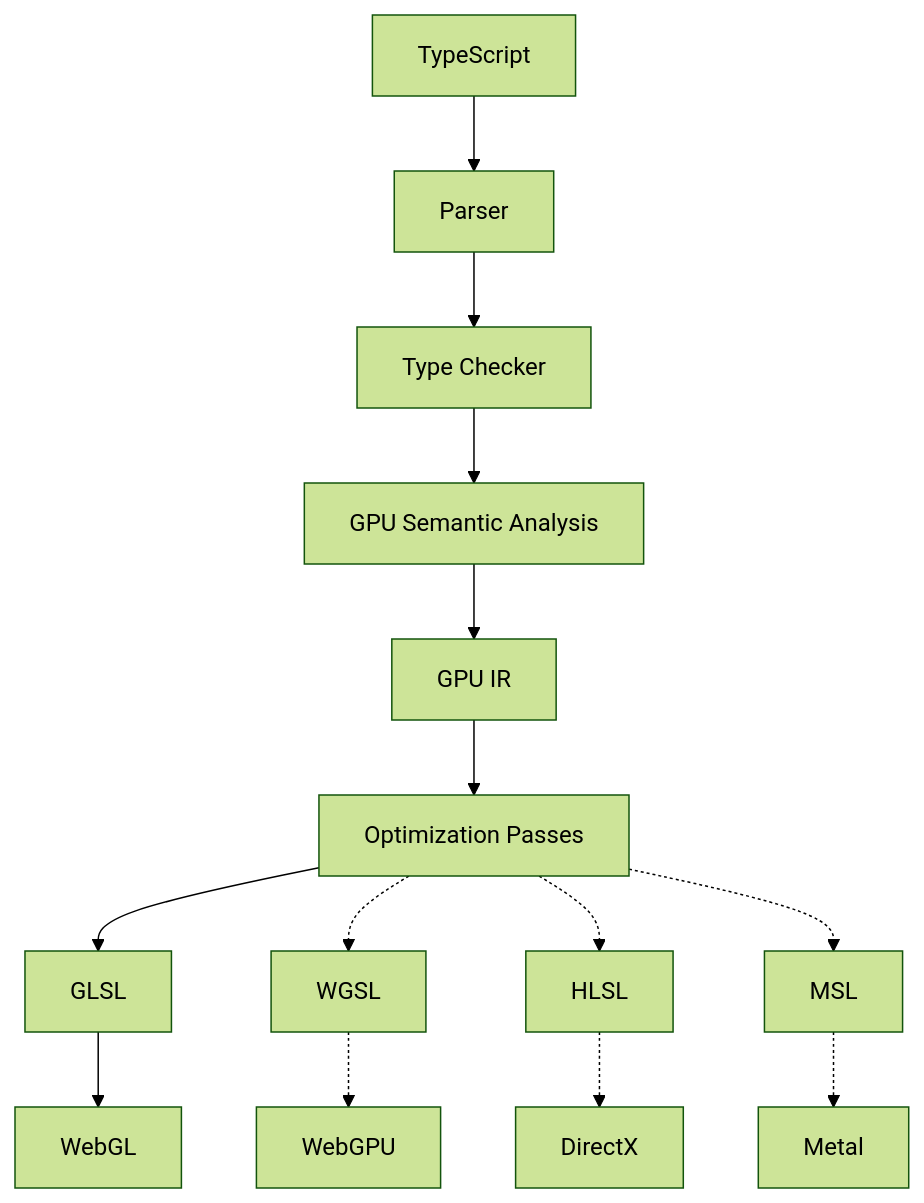
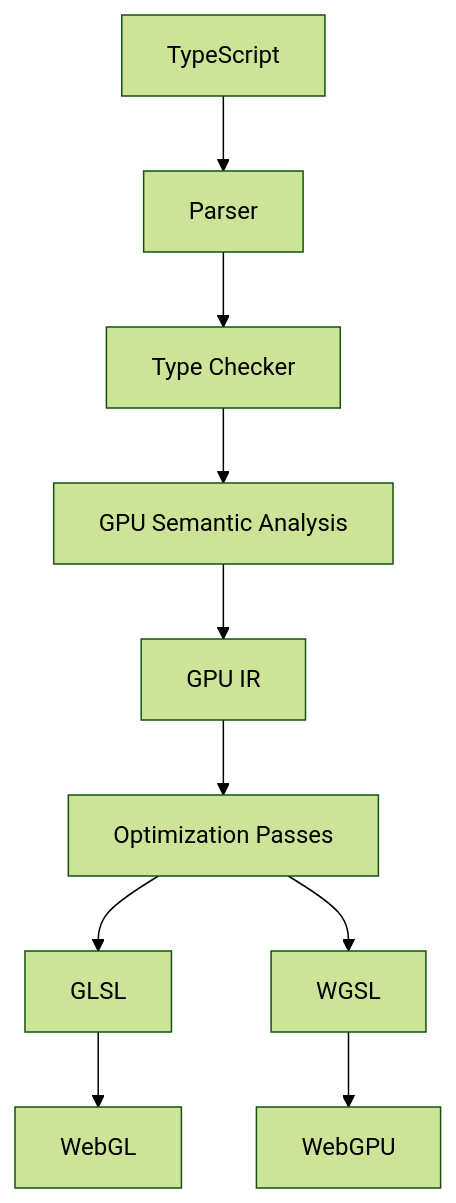
One commit to ericdrowell/brometal changed the diagram in README.md. Above: the diagram before and after it, drawn with Mermaid (forest theme). The commit also changed other lines of this file and 35 other files, not shown here.

````diff
--- a/README.md
+++ b/README.md
@@ -7,12 +7,10 @@
 ```mermaid
 flowchart TD
     TS[TypeScript] --> Parser
     Parser --> TC[Type Checker]
     TC --> SA[GPU Semantic Analysis]
     SA --> IR[GPU IR]
     IR --> OPT[Optimization Passes]
     OPT --> GLSL --> WebGL
-    OPT -.-> WGSL -.-> WebGPU
-    OPT -.-> HLSL -.-> DirectX
-    OPT -.-> MSL -.-> Metal
+    OPT --> WGSL --> WebGPU
 ```
````
